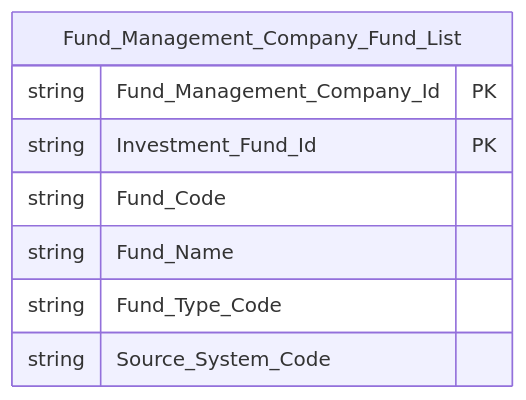
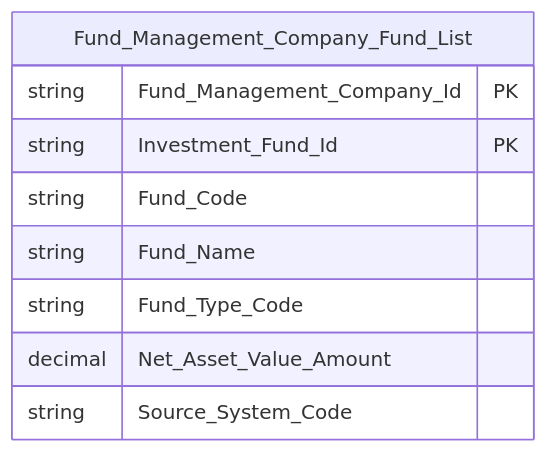
One commit to linhlvit/ubck_atomic_design changed diagram 18 of 41 in Datamart/hld/DTM_QLQ_HLD.md. Above: the diagram before and after it, drawn with Mermaid. The commit also changed other lines of this file and 28 other files, not shown here.

Commit message:
feat(qlq): add LLD detail mapping, 23 entity table schemas, update HLD, sync datamart model and attributes

````diff
--- a/Datamart/hld/DTM_QLQ_HLD.md
+++ b/Datamart/hld/DTM_QLQ_HLD.md
@@ -543,11 +718,12 @@
 ```mermaid
 erDiagram
     Fund_Management_Company_Fund_List {
         string Fund_Management_Company_Id PK
         string Investment_Fund_Id PK
         string Fund_Code
         string Fund_Name
         string Fund_Type_Code
+        decimal Net_Asset_Value_Amount
         string Source_System_Code
     }
 ```
````
